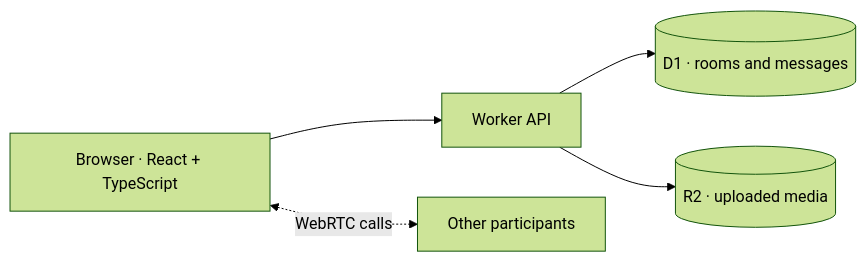
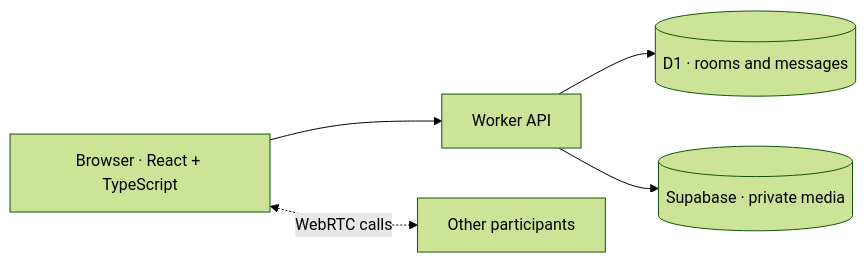
One commit to saad4228/dropby-webchat changed the diagram in README.md. Above: the diagram before and after it, drawn with Mermaid (forest theme). The commit also changed other lines of this file and 72 other files, not shown here.

````diff
--- a/README.md
+++ b/README.md
@@ -128,7 +141,7 @@
 ```mermaid
 flowchart LR
     browser[Browser · React + TypeScript] --> api[Worker API]
     api --> database[(D1 · rooms and messages)]
-    api --> files[(R2 · uploaded media)]
+    api --> files[(Supabase · private media)]
     browser <-. WebRTC calls .-> peers[Other participants]
 ```
````
